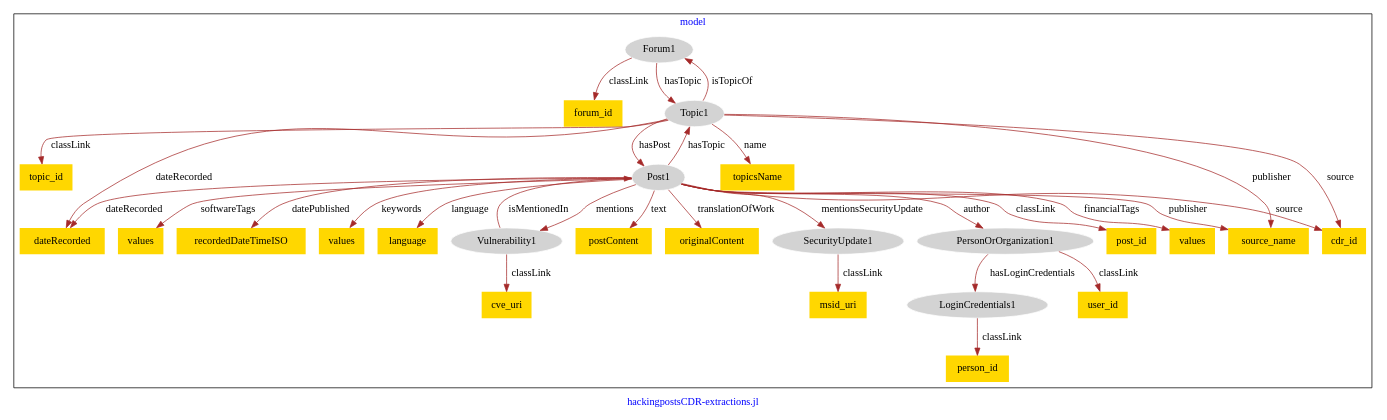
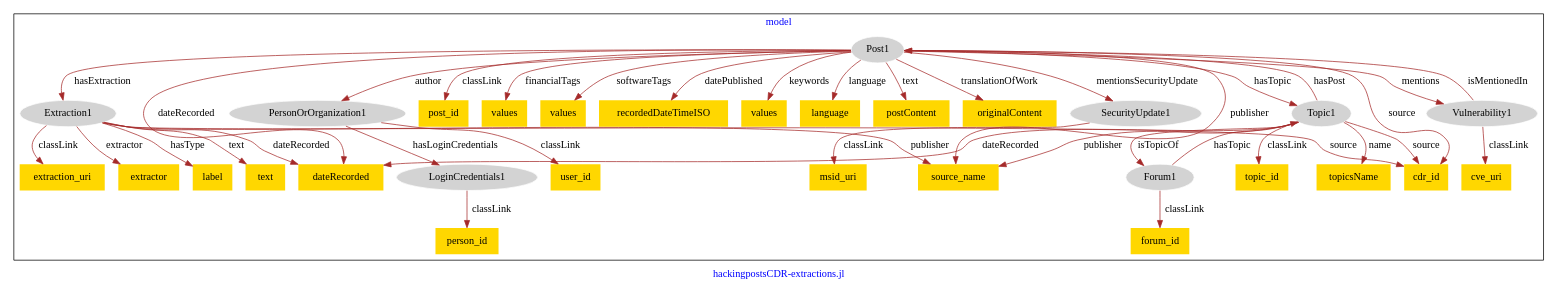
One commit to usc-isi-i2/effect-alignment changed the diagram in models/asu-hacking-posts/hacking_posts-model.dot. Above: the diagram before and after it, drawn with Graphviz.

Commit message:
Update file hacking_posts-model.dot

```diff
--- a/models/asu-hacking-posts/hacking_posts-model.dot
+++ b/models/asu-hacking-posts/hacking_posts-model.dot
@@ -1,63 +1,76 @@
 digraph n0 {
 fontcolor="blue"
 remincross="true"
 label="hackingpostsCDR-extractions.jl"
 subgraph cluster {
 label="model"
-n2[style="filled",color="white",fillcolor="lightgray",label="Forum1"];
-n3[shape="plaintext",style="filled",fillcolor="gold",label="forum_id"];
-n4[style="filled",color="white",fillcolor="lightgray",label="Topic1"];
-n5[style="filled",color="white",fillcolor="lightgray",label="LoginCredentials1"];
-n6[shape="plaintext",style="filled",fillcolor="gold",label="person_id"];
-n7[style="filled",color="white",fillcolor="lightgray",label="PersonOrOrganization1"];
-n8[shape="plaintext",style="filled",fillcolor="gold",label="user_id"];
-n9[style="filled",color="white",fillcolor="lightgray",label="Post1"];
-n10[shape="plaintext",style="filled",fillcolor="gold",label="post_id"];
-n11[shape="plaintext",style="filled",fillcolor="gold",label="values"];
-n12[shape="plaintext",style="filled",fillcolor="gold",label="values"];
-n13[shape="plaintext",style="filled",fillcolor="gold",label="recordedDateTimeISO"];
-n14[shape="plaintext",style="filled",fillcolor="gold",label="values"];
-n15[shape="plaintext",style="filled",fillcolor="gold",label="language"];
-n16[shape="plaintext",style="filled",fillcolor="gold",label="postContent"];
-n17[shape="plaintext",style="filled",fillcolor="gold",label="originalContent"];
-n18[style="filled",color="white",fillcolor="lightgray",label="SecurityUpdate1"];
-n19[shape="plaintext",style="filled",fillcolor="gold",label="msid_uri"];
-n20[shape="plaintext",style="filled",fillcolor="gold",label="topic_id"];
-n21[shape="plaintext",style="filled",fillcolor="gold",label="dateRecorded"];
-n22[shape="plaintext",style="filled",fillcolor="gold",label="topicsName"];
-n23[style="filled",color="white",fillcolor="lightgray",label="Vulnerability1"];
-n24[shape="plaintext",style="filled",fillcolor="gold",label="cve_uri"];
-n25[shape="plaintext",style="filled",fillcolor="gold",label="source_name"];
-n26[shape="plaintext",style="filled",fillcolor="gold",label="cdr_id"];
+n2[style="filled",color="white",fillcolor="lightgray",label="Extraction1"];
+n3[shape="plaintext",style="filled",fillcolor="gold",label="extraction_uri"];
+n4[shape="plaintext",style="filled",fillcolor="gold",label="dateRecorded"];
+n5[shape="plaintext",style="filled",fillcolor="gold",label="extractor"];
+n6[shape="plaintext",style="filled",fillcolor="gold",label="label"];
+n7[shape="plaintext",style="filled",fillcolor="gold",label="text"];
+n8[style="filled",color="white",fillcolor="lightgray",label="Forum1"];
+n9[shape="plaintext",style="filled",fillcolor="gold",label="forum_id"];
+n10[style="filled",color="white",fillcolor="lightgray",label="LoginCredentials1"];
+n11[shape="plaintext",style="filled",fillcolor="gold",label="person_id"];
+n12[style="filled",color="white",fillcolor="lightgray",label="PersonOrOrganization1"];
+n13[shape="plaintext",style="filled",fillcolor="gold",label="user_id"];
+n14[style="filled",color="white",fillcolor="lightgray",label="Post1"];
+n15[shape="plaintext",style="filled",fillcolor="gold",label="post_id"];
+n16[shape="plaintext",style="filled",fillcolor="gold",label="values"];
+n17[shape="plaintext",style="filled",fillcolor="gold",label="values"];
+n18[shape="plaintext",style="filled",fillcolor="gold",label="recordedDateTimeISO"];
+n19[shape="plaintext",style="filled",fillcolor="gold",label="values"];
+n20[shape="plaintext",style="filled",fillcolor="gold",label="language"];
+n21[shape="plaintext",style="filled",fillcolor="gold",label="postContent"];
+n22[shape="plaintext",style="filled",fillcolor="gold",label="originalContent"];
+n23[style="filled",color="white",fillcolor="lightgray",label="SecurityUpdate1"];
+n24[shape="plaintext",style="filled",fillcolor="gold",label="msid_uri"];
+n25[style="filled",color="white",fillcolor="lightgray",label="Topic1"];
+n26[shape="plaintext",style="filled",fillcolor="gold",label="topic_id"];
+n27[shape="plaintext",style="filled",fillcolor="gold",label="topicsName"];
+n28[style="filled",color="white",fillcolor="lightgray",label="Vulnerability1"];
+n29[shape="plaintext",style="filled",fillcolor="gold",label="cve_uri"];
+n30[shape="plaintext",style="filled",fillcolor="gold",label="source_name"];
+n31[shape="plaintext",style="filled",fillcolor="gold",label="cdr_id"];
 }
 n2 -> n3[color="brown",fontcolor="black",label="classLink"]
-n2 -> n4[color="brown",fontcolor="black",label="hasTopic"]
-n5 -> n6[color="brown",fontcolor="black",label="classLink"]
-n7 -> n8[color="brown",fontcolor="black",label="classLink"]
-n7 -> n5[color="brown",fontcolor="black",label="hasLoginCredentials"]
-n9 -> n10[color="brown",fontcolor="black",label="classLink"]
-n9 -> n11[color="brown",fontcolor="black",label="financialTags"]
-n9 -> n12[color="brown",fontcolor="black",label="softwareTags"]
-n9 -> n7[color="brown",fontcolor="black",label="author"]
-n9 -> n13[color="brown",fontcolor="black",label="datePublished"]
-n9 -> n14[color="brown",fontcolor="black",label="keywords"]
-n9 -> n15[color="brown",fontcolor="black",label="language"]
-n9 -> n16[color="brown",fontcolor="black",label="text"]
-n9 -> n17[color="brown",fontcolor="black",label="translationOfWork"]
-n18 -> n19[color="brown",fontcolor="black",label="classLink"]
-n4 -> n20[color="brown",fontcolor="black",label="classLink"]
-n4 -> n21[color="brown",fontcolor="black",label="dateRecorded"]
-n4 -> n22[color="brown",fontcolor="black",label="name"]
+n2 -> n4[color="brown",fontcolor="black",label="dateRecorded"]
+n2 -> n5[color="brown",fontcolor="black",label="extractor"]
+n2 -> n6[color="brown",fontcolor="black",label="hasType"]
+n2 -> n7[color="brown",fontcolor="black",label="text"]
+n8 -> n9[color="brown",fontcolor="black",label="classLink"]
+n10 -> n11[color="brown",fontcolor="black",label="classLink"]
+n12 -> n13[color="brown",fontcolor="black",label="classLink"]
+n14 -> n15[color="brown",fontcolor="black",label="classLink"]
+n14 -> n4[color="brown",fontcolor="black",label="dateRecorded"]
+n14 -> n16[color="brown",fontcolor="black",label="financialTags"]
+n14 -> n17[color="brown",fontcolor="black",label="softwareTags"]
+n14 -> n18[color="brown",fontcolor="black",label="datePublished"]
+n14 -> n19[color="brown",fontcolor="black",label="keywords"]
+n14 -> n20[color="brown",fontcolor="black",label="language"]
+n14 -> n21[color="brown",fontcolor="black",label="text"]
+n14 -> n22[color="brown",fontcolor="black",label="translationOfWork"]
 n23 -> n24[color="brown",fontcolor="black",label="classLink"]
-n9 -> n4[color="brown",fontcolor="black",label="hasTopic"]
-n9 -> n25[color="brown",fontcolor="black",label="publisher"]
-n9 -> n18[color="brown",fontcolor="black",label="mentionsSecurityUpdate"]
-n4 -> n25[color="brown",fontcolor="black",label="publisher"]
-n4 -> n9[color="brown",fontcolor="black",label="hasPost"]
-n23 -> n9[color="brown",fontcolor="black",label="isMentionedIn"]
-n9 -> n21[color="brown",fontcolor="black",label="dateRecorded"]
-n4 -> n2[color="brown",fontcolor="black",label="isTopicOf"]
-n9 -> n26[color="brown",fontcolor="black",label="source"]
-n9 -> n23[color="brown",fontcolor="black",label="mentions"]
-n4 -> n26[color="brown",fontcolor="black",label="source"]
+n25 -> n26[color="brown",fontcolor="black",label="classLink"]
+n25 -> n4[color="brown",fontcolor="black",label="dateRecorded"]
+n25 -> n27[color="brown",fontcolor="black",label="name"]
+n28 -> n29[color="brown",fontcolor="black",label="classLink"]
+n25 -> n8[color="brown",fontcolor="black",label="isTopicOf"]
+n14 -> n23[color="brown",fontcolor="black",label="mentionsSecurityUpdate"]
+n14 -> n30[color="brown",fontcolor="black",label="publisher"]
+n14 -> n31[color="brown",fontcolor="black",label="source"]
+n14 -> n2[color="brown",fontcolor="black",label="hasExtraction"]
+n14 -> n28[color="brown",fontcolor="black",label="mentions"]
+n2 -> n31[color="brown",fontcolor="black",label="source"]
+n28 -> n14[color="brown",fontcolor="black",label="isMentionedIn"]
+n25 -> n14[color="brown",fontcolor="black",label="hasPost"]
+n2 -> n30[color="brown",fontcolor="black",label="publisher"]
+n25 -> n31[color="brown",fontcolor="black",label="source"]
+n12 -> n10[color="brown",fontcolor="black",label="hasLoginCredentials"]
+n25 -> n30[color="brown",fontcolor="black",label="publisher"]
+n14 -> n25[color="brown",fontcolor="black",label="hasTopic"]
+n8 -> n25[color="brown",fontcolor="black",label="hasTopic"]
+n14 -> n12[color="brown",fontcolor="black",label="author"]
 }
```
